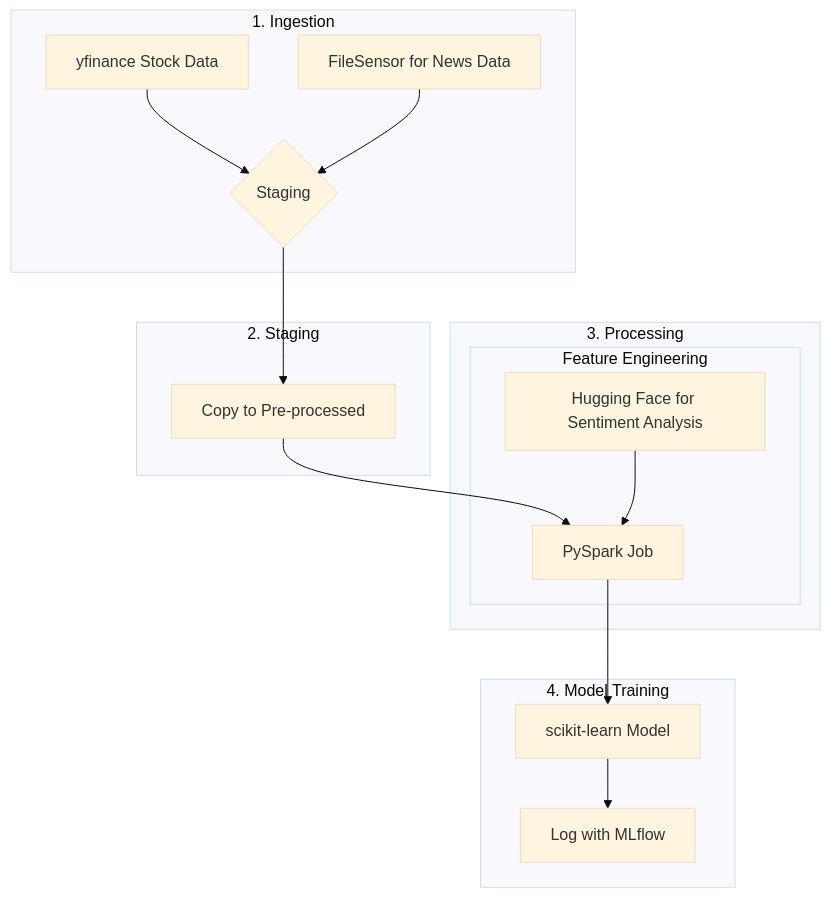
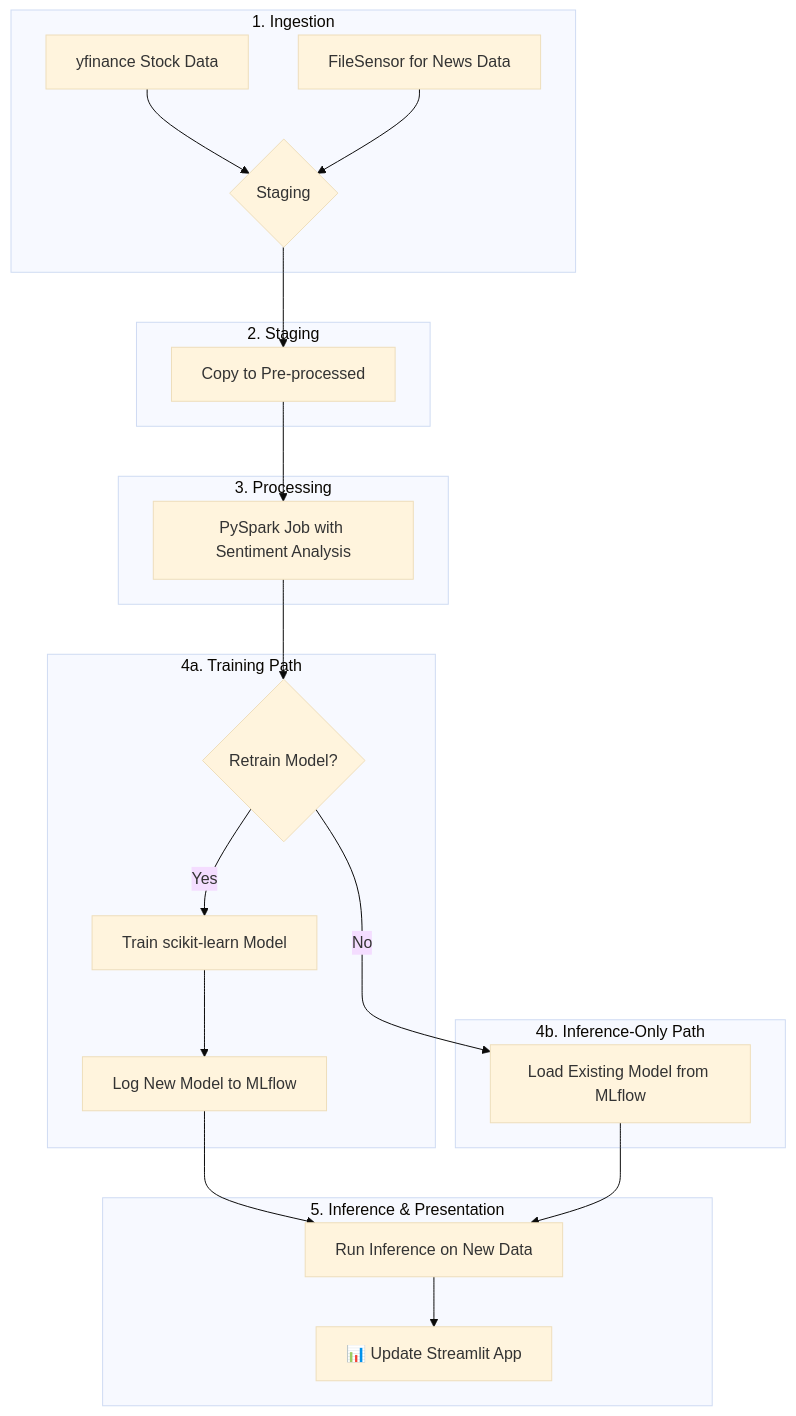
Before and after one commit to asupraja3/nlp-finance-forecast: the diagram in README.md, drawn with Mermaid (base theme). The commit also changed other lines of this file, not shown here.

Commit message:
Revise with updated processing and inference details
Updated the README to reflect changes in the processing and model training flow, added new sections for decision points and inference paths, and included the Streamlit dashboard in the tech stack.

````diff
--- a/README.md
+++ b/README.md
@@ -9,23 +9,34 @@
 ```mermaid
 graph TD
     subgraph "1. Ingestion"
         A[yfinance Stock Data] --> C{Staging};
         B[FileSensor for News Data] --> C;
     end
-    
+
     subgraph "2. Staging"
         C --> D[Copy to Pre-processed];
     end
 
     subgraph "3. Processing"
-        D --> E[PySpark Job];
-        subgraph "Feature Engineering"
-            F[Hugging Face for Sentiment Analysis] --> E;
-        end
+        D --> E[PySpark Job with Sentiment Analysis];
     end
 
-    subgraph "4. Model Training"
-        E --> G[scikit-learn Model];
-        G --> H[Log with MLflow];
+    %% --- The Decision Point ---
+    E --> I{Retrain Model?};
+
+    subgraph "4a. Training Path"
+        I -- Yes --> G[Train scikit-learn Model];
+        G --> H[Log New Model to MLflow];
+    end
+
+    subgraph "4b. Inference-Only Path"
+        I -- No --> J[Load Existing Model from MLflow];
+    end
+
+    subgraph "5. Inference & Presentation"
+        %% Both paths lead to the inference task, which then updates the dashboard
+        H --> K[Run Inference on New Data];
+        J --> K;
+        K --> L[📊 Update Streamlit App];
     end
 ```
````
